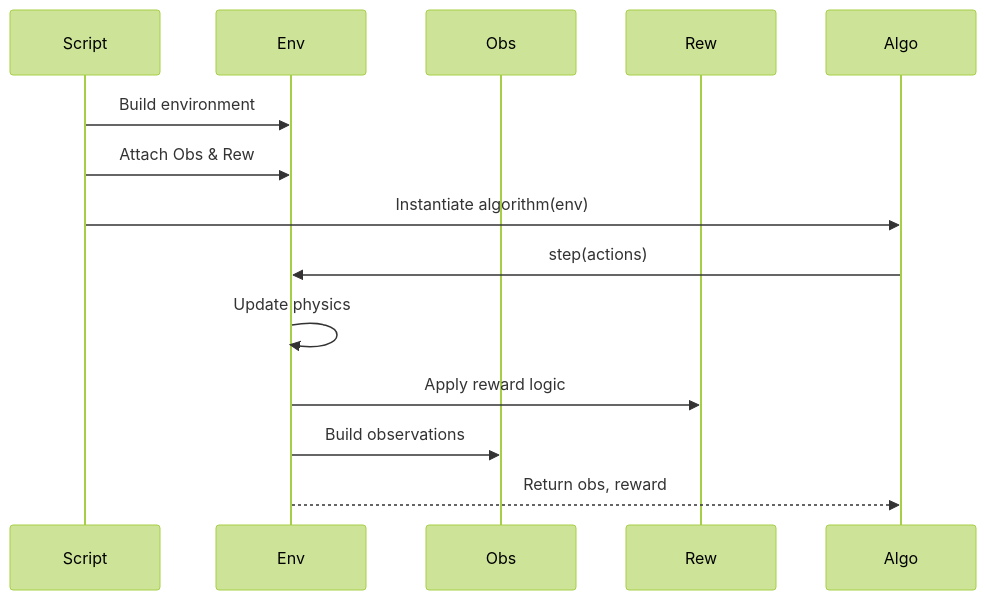
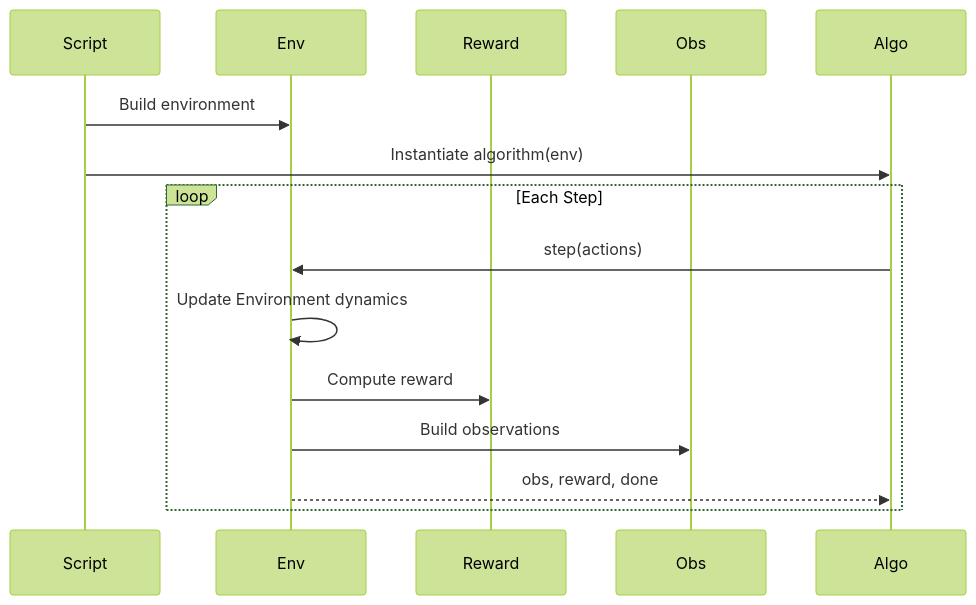
The second of 2 diagrams in src/multi_agent_package/README.md (Areesha06/Predator-Prey-Archetype-Gridworld-Environment), drawn with Mermaid (forest theme) before and after one commit. The commit also changed other lines of this file and 6 other files, not shown here.

````diff
--- a/src/multi_agent_package/README.md
+++ b/src/multi_agent_package/README.md
@@ -65,19 +66,20 @@
 ```mermaid
 sequenceDiagram
 
     participant Script
     participant Env
+    participant Reward
     participant Obs
-    participant Rew
     participant Algo
 
     Script->>Env: Build environment
-    Script->>Env: Attach Obs & Rew
     Script->>Algo: Instantiate algorithm(env)
 
-    Algo->>Env: step(actions)
-    Env->>Env: Update physics
-    Env->>Rew: Apply reward logic
-    Env->>Obs: Build observations
-    Env-->>Algo: Return obs, reward
+    loop Each Step
+        Algo->>Env: step(actions)
+        Env->>Env: Update Environment dynamics
+        Env->>Reward: Compute reward
+        Env->>Obs: Build observations
+        Env-->>Algo: obs, reward, done
+    end
 ```
````
